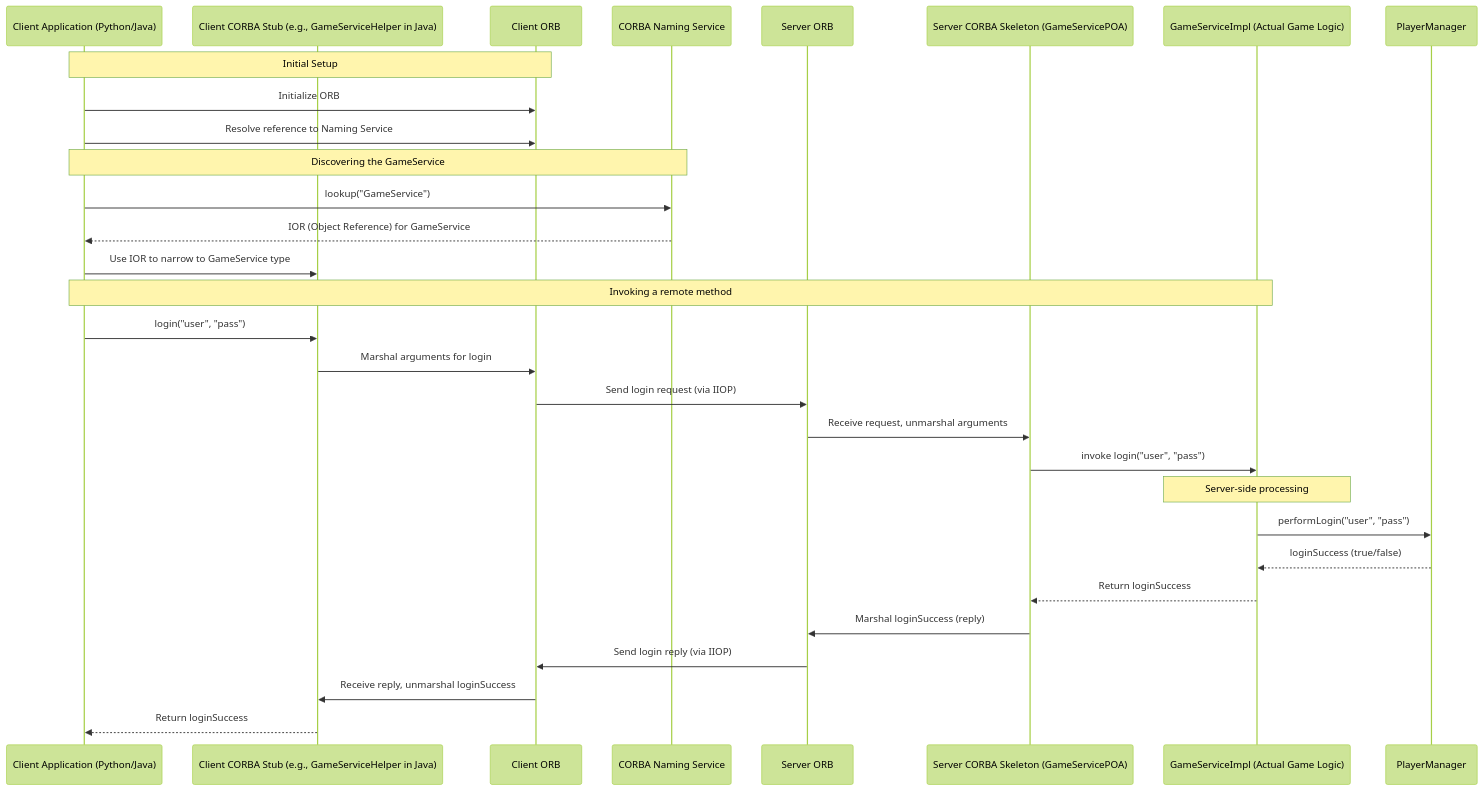
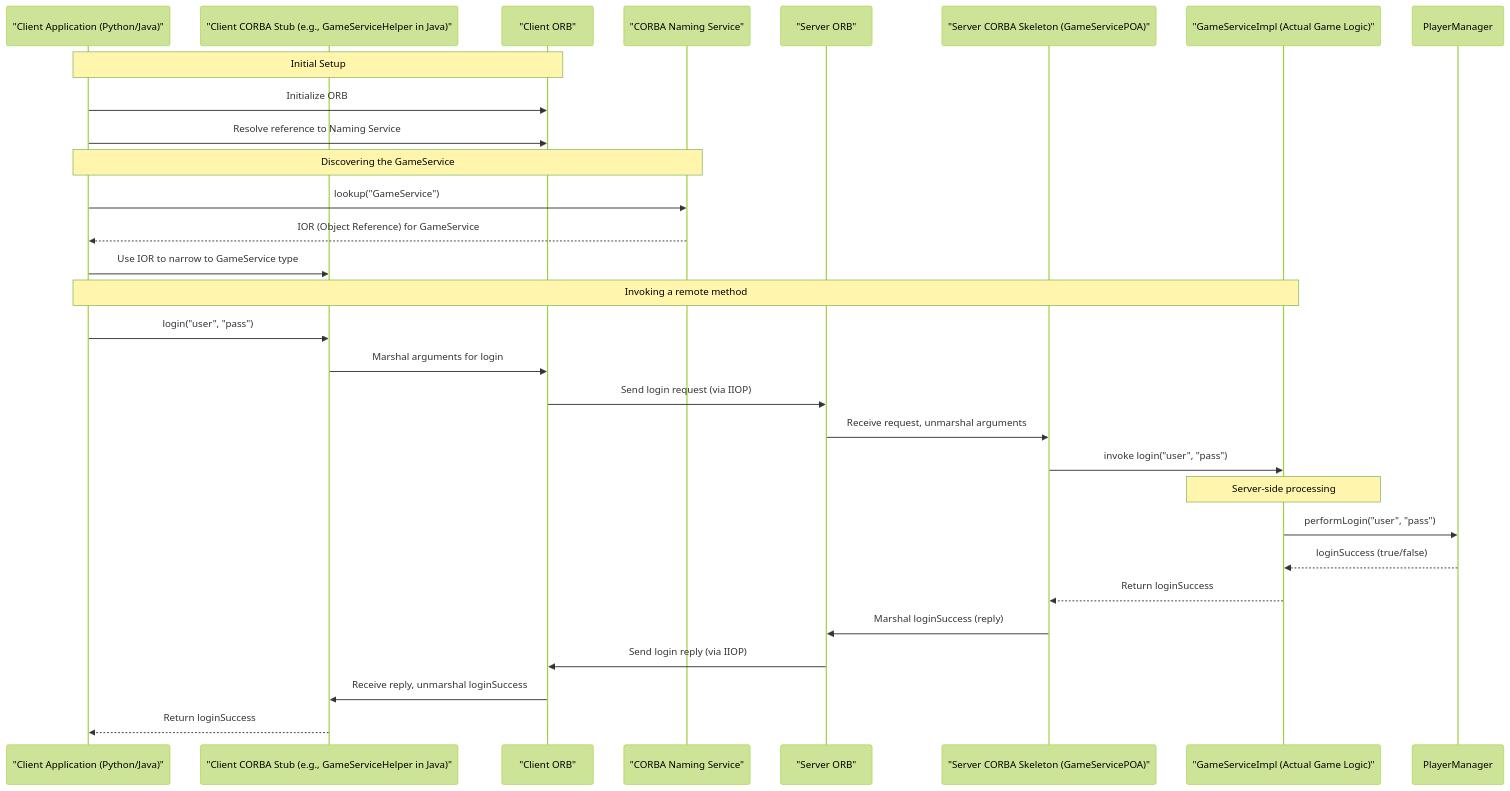
One commit to YuriHa-op/Hangman changed the second of 4 diagrams in PROJECT_REVIEWER_GUIDE.md. Above: the diagram before and after it, drawn with Mermaid (forest theme). The commit also changed other lines of this file and 1 other file, not shown here.

````diff
--- a/PROJECT_REVIEWER_GUIDE.md
+++ b/PROJECT_REVIEWER_GUIDE.md
@@ -82,40 +82,40 @@
 ```mermaid
 sequenceDiagram
-    participant ClientApp as Client Application (Python/Java)
-    participant ClientStub as Client CORBA Stub (e.g., GameServiceHelper in Java)
-    participant ClientORB as Client ORB
-    participant NamingService as CORBA Naming Service
-    participant ServerORB as Server ORB
-    participant ServerSkeleton as Server CORBA Skeleton (GameServicePOA)
-    participant GameServiceImpl as GameServiceImpl (Actual Game Logic)
+    participant ClientApp as "Client Application (Python/Java)"
+    participant ClientStub as "Client CORBA Stub (e.g., GameServiceHelper in Java)"
+    participant ClientORB as "Client ORB"
+    participant NamingService as "CORBA Naming Service"
+    participant ServerORB as "Server ORB"
+    participant ServerSkeleton as "Server CORBA Skeleton (GameServicePOA)"
+    participant GameServiceImpl as "GameServiceImpl (Actual Game Logic)"
 
     Note over ClientApp, ClientORB: Initial Setup
     ClientApp->>ClientORB: Initialize ORB
     ClientApp->>ClientORB: Resolve reference to Naming Service
 
     Note over ClientApp, NamingService: Discovering the GameService
     ClientApp->>NamingService: lookup("GameService")
     NamingService-->>ClientApp: IOR (Object Reference) for GameService
     ClientApp->>ClientStub: Use IOR to narrow to GameService type
 
     Note over ClientApp, GameServiceImpl: Invoking a remote method
     ClientApp->>ClientStub: login("user", "pass")
     ClientStub->>ClientORB: Marshal arguments for login
 
     ClientORB->>ServerORB: Send login request (via IIOP)
 
     ServerORB->>ServerSkeleton: Receive request, unmarshal arguments
     ServerSkeleton->>GameServiceImpl: invoke login("user", "pass")
 
     Note over GameServiceImpl: Server-side processing
     GameServiceImpl->>PlayerManager: performLogin("user", "pass")
     PlayerManager-->>GameServiceImpl: loginSuccess (true/false)
 
     GameServiceImpl-->>ServerSkeleton: Return loginSuccess
 
     ServerSkeleton->>ServerORB: Marshal loginSuccess (reply)
     ServerORB->>ClientORB: Send login reply (via IIOP)
 
     ClientORB->>ClientStub: Receive reply, unmarshal loginSuccess
     ClientStub-->>ClientApp: Return loginSuccess
 ```
````
